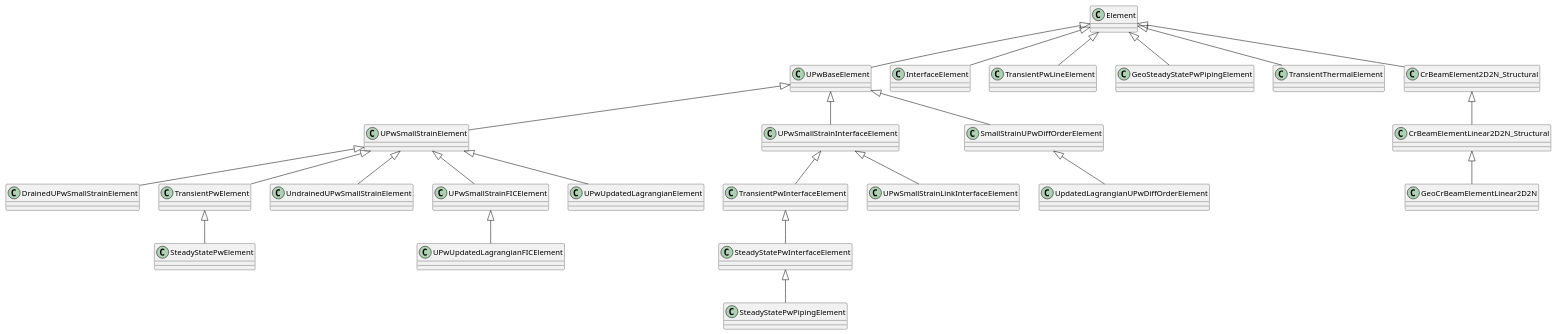
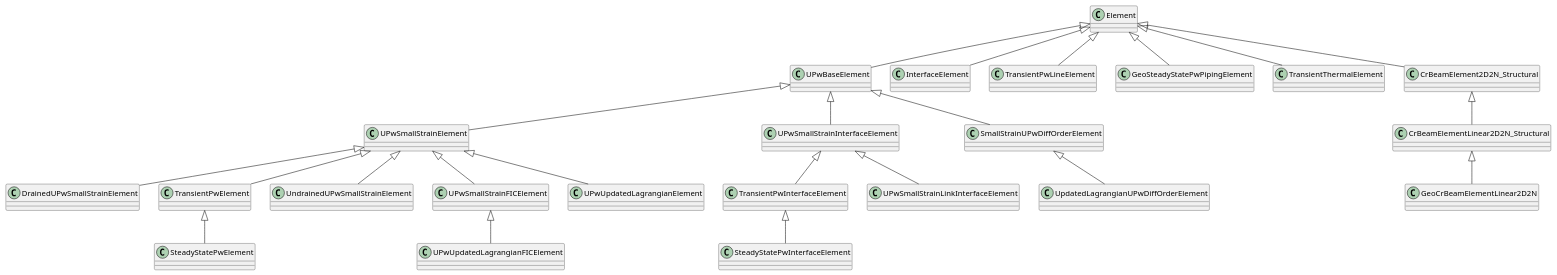
One commit to KratosMultiphysics/Kratos changed the diagram in applications/GeoMechanicsApplication/custom_elements/element_hierarchy.puml. Above: the diagram before and after it, drawn with PlantUML. The commit also changed 1 other file, not shown here.

Commit message:
Updated the element hierarchy diagram

```diff
--- a/applications/GeoMechanicsApplication/custom_elements/element_hierarchy.puml
+++ b/applications/GeoMechanicsApplication/custom_elements/element_hierarchy.puml
@@ -1,74 +1,72 @@
 @startuml
 'https://plantuml.com/class-diagram
 
 class Element
 
 'UPW
 class UPwBaseElement
 
 class UPwSmallStrainElement
 class DrainedUPwSmallStrainElement
 class TransientPwElement
 class SteadyStatePwElement
 class UndrainedUPwSmallStrainElement
 class UPwSmallStrainFICElement
 class UPwUpdatedLagrangianFICElement
 class UPwUpdatedLagrangianElement
 
 class UPwSmallStrainInterfaceElement
 class TransientPwInterfaceElement
 class SteadyStatePwInterfaceElement
-class SteadyStatePwPipingElement
 class UPwSmallStrainLinkInterfaceElement
 
 Element <|-- UPwBaseElement
 UPwBaseElement <|-- UPwSmallStrainElement
 
 UPwSmallStrainElement <|-- DrainedUPwSmallStrainElement
 UPwSmallStrainElement <|-- TransientPwElement
 TransientPwElement <|-- SteadyStatePwElement
 UPwSmallStrainElement <|-- UndrainedUPwSmallStrainElement
 UPwSmallStrainElement <|-- UPwSmallStrainFICElement
 UPwSmallStrainFICElement <|-- UPwUpdatedLagrangianFICElement
 UPwSmallStrainElement <|-- UPwUpdatedLagrangianElement
 
 '
 '
 'Diff Order
 class SmallStrainUPwDiffOrderElement
 class UpdatedLagrangianUPwDiffOrderElement
 
 UPwBaseElement <|-- SmallStrainUPwDiffOrderElement
 SmallStrainUPwDiffOrderElement <|-- UpdatedLagrangianUPwDiffOrderElement
 
 UPwBaseElement <|-- UPwSmallStrainInterfaceElement
 UPwSmallStrainInterfaceElement <|-- TransientPwInterfaceElement
 TransientPwInterfaceElement <|-- SteadyStatePwInterfaceElement
-SteadyStatePwInterfaceElement <|-- SteadyStatePwPipingElement
 UPwSmallStrainInterfaceElement <|-- UPwSmallStrainLinkInterfaceElement
 
 class InterfaceElement
 Element <|-- InterfaceElement
 
 'Pw Elements
 class TransientPwLineElement
 class GeoSteadyStatePwPipingElement
 
 Element <|-- TransientPwLineElement
 Element <|-- GeoSteadyStatePwPipingElement
 
 ''Thermal
 class TransientThermalElement
 Element <|-- TransientThermalElement
 '
 '
 'Structural
 class CrBeamElement2D2N_Structural
 class CrBeamElementLinear2D2N_Structural
 class GeoCrBeamElementLinear2D2N
 
 Element <|-- CrBeamElement2D2N_Structural
 CrBeamElement2D2N_Structural <|-- CrBeamElementLinear2D2N_Structural
 CrBeamElementLinear2D2N_Structural <|-- GeoCrBeamElementLinear2D2N
 
 @enduml
```
